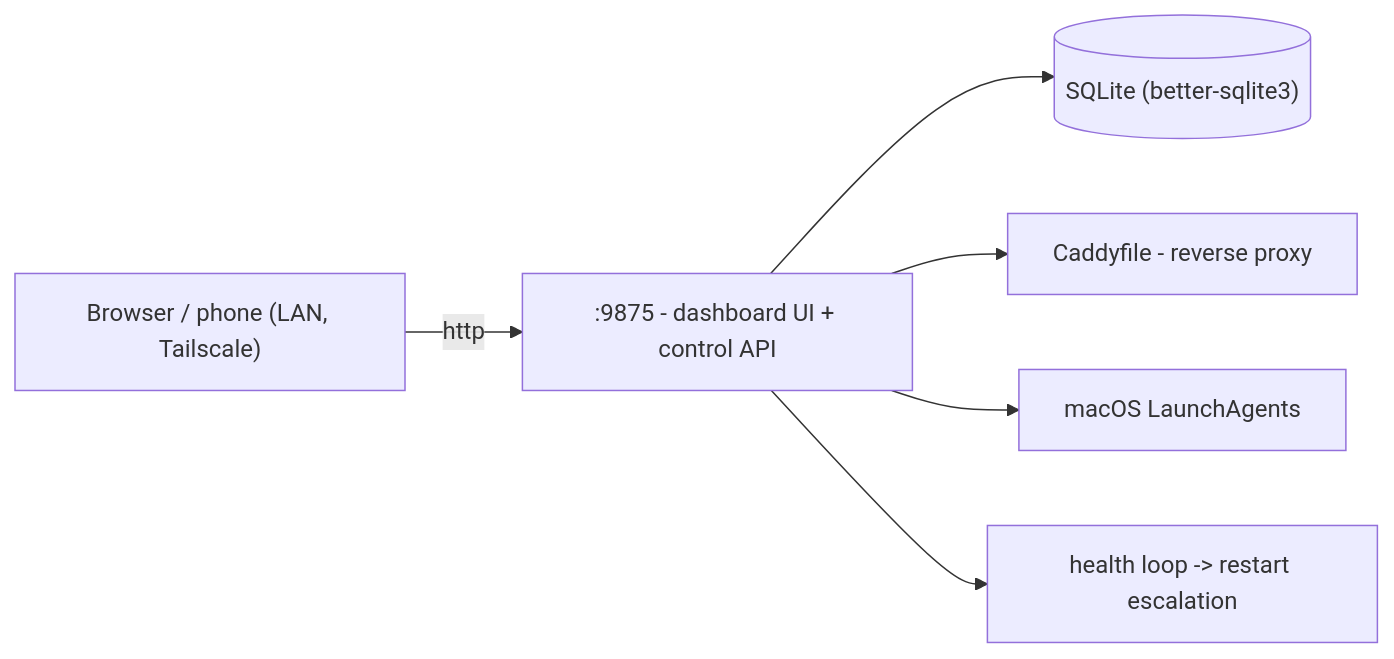
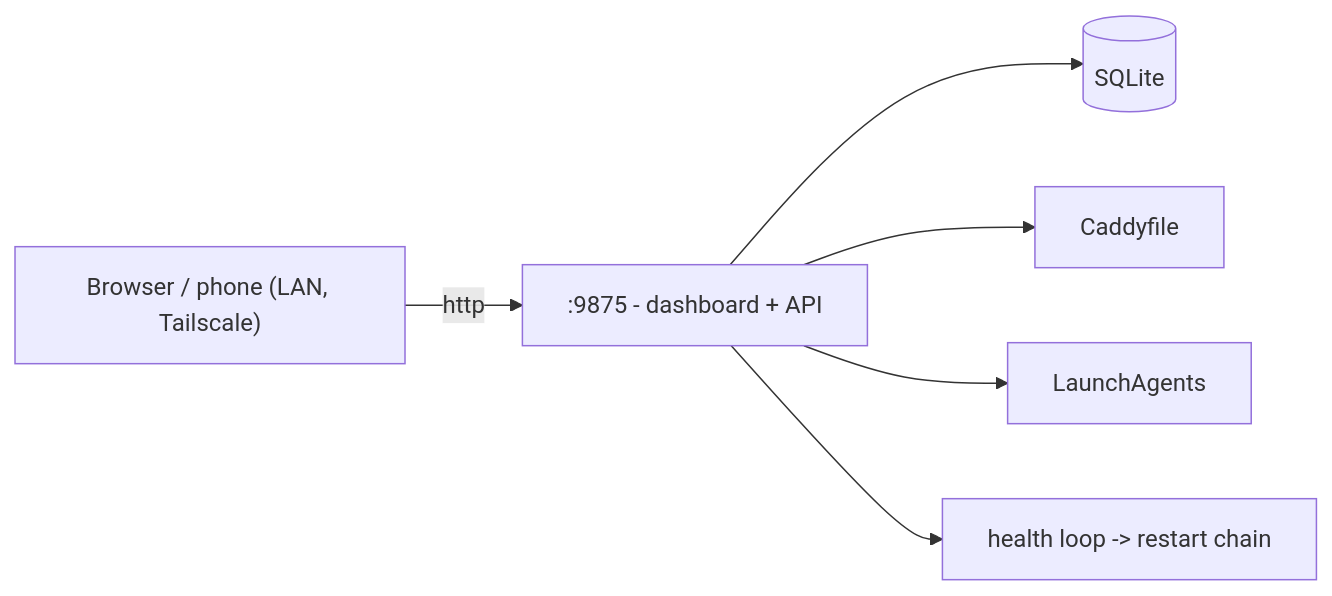
The diagram in README.md (bunlongheng/local-apps), drawn with Mermaid before and after one commit. The commit also changed other lines of this file, not shown here.

````diff
--- a/README.md
+++ b/README.md
@@ -56,8 +47,8 @@
 ```mermaid
 flowchart LR
-    Browser["Browser / phone (LAN, Tailscale)"] -->|http| API[":9875 - dashboard UI + control API"]
-    API --> DB[("SQLite (better-sqlite3)")]
-    API --> Caddy["Caddyfile - reverse proxy"]
-    API --> Launchd["macOS LaunchAgents"]
-    API --> Health["health loop -> restart escalation"]
+    Browser["Browser / phone (LAN, Tailscale)"] -->|http| API[":9875 - dashboard + API"]
+    API --> DB[("SQLite")]
+    API --> Caddy["Caddyfile"]
+    API --> Launchd["LaunchAgents"]
+    API --> Health["health loop -> restart chain"]
 ```
````
